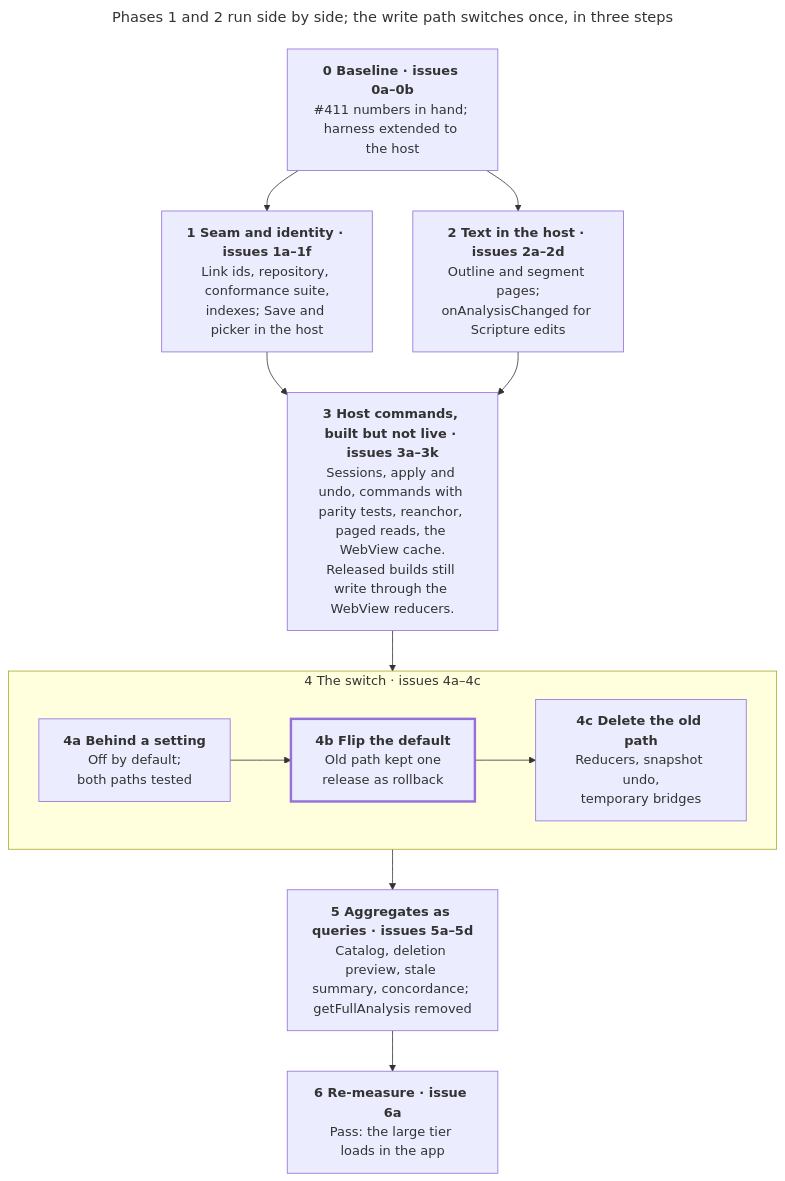
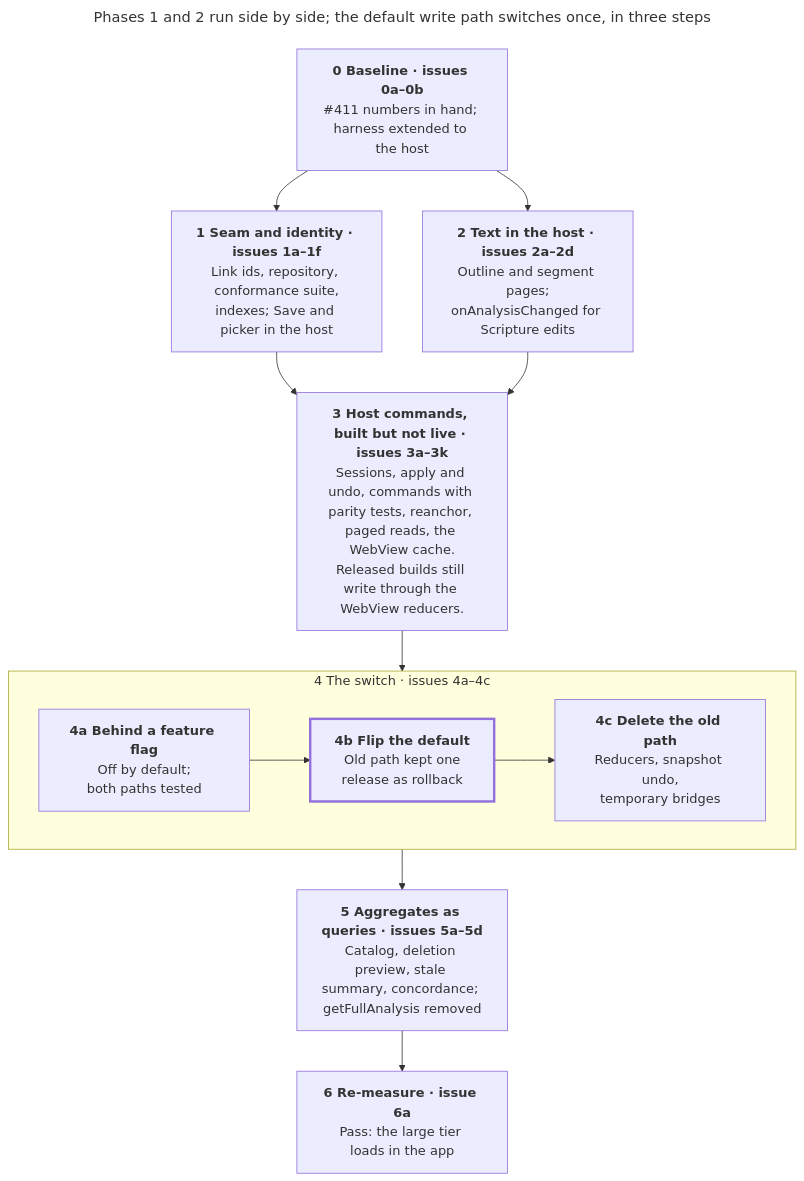
One commit to sillsdev/interlinearizer-extension changed the second of 2 diagrams in docs/data-layer-plan/plan.md. Above: the diagram before and after it, drawn with Mermaid. The commit also changed other lines of this file and 2 other files, not shown here.

First line of the commit message:
Apply feature-flag and switch wording to the data layer plan

````diff
--- a/docs/data-layer-plan/plan.md
+++ b/docs/data-layer-plan/plan.md
@@ -106,24 +106,24 @@
 ```mermaid
 ---
-title: Phases 1 and 2 run side by side; the write path switches once, in three steps
+title: Phases 1 and 2 run side by side; the default write path switches once, in three steps
 ---
 flowchart TB
   p0["<b>0 Baseline · issues 0a–0b</b><br/>#411 numbers in hand; harness extended to the host"]
   p1["<b>1 Seam and identity · issues 1a–1f</b><br/>Link ids, repository, conformance suite,<br/>indexes; Save and picker in the host"]
   p2["<b>2 Text in the host · issues 2a–2d</b><br/>Outline and segment pages;<br/>onAnalysisChanged for Scripture edits"]
   p3["<b>3 Host commands, built but not live · issues 3a–3k</b><br/>Sessions, apply and undo, commands with parity tests, reanchor, paged reads, the WebView cache.<br/>Released builds still write through the WebView reducers."]
   subgraph p4["4 The switch · issues 4a–4c"]
     direction LR
-    p4a["<b>4a Behind a setting</b><br/>Off by default;<br/>both paths tested"]
+    p4a["<b>4a Behind a feature flag</b><br/>Off by default;<br/>both paths tested"]
     p4b["<b>4b Flip the default</b><br/>Old path kept one<br/>release as rollback"]
     p4c["<b>4c Delete the old path</b><br/>Reducers, snapshot undo,<br/>temporary bridges"]
     p4a --> p4b --> p4c
   end
   p5["<b>5 Aggregates as queries · issues 5a–5d</b><br/>Catalog, deletion preview, stale summary, concordance; getFullAnalysis removed"]
   p6["<b>6 Re-measure · issue 6a</b><br/>Pass: the large tier loads in the app"]
   p0 --> p1 & p2
   p1 & p2 --> p3
   p3 --> p4 --> p5 --> p6
   classDef flip stroke-width:3px
   class p4b flip
 ```
````
